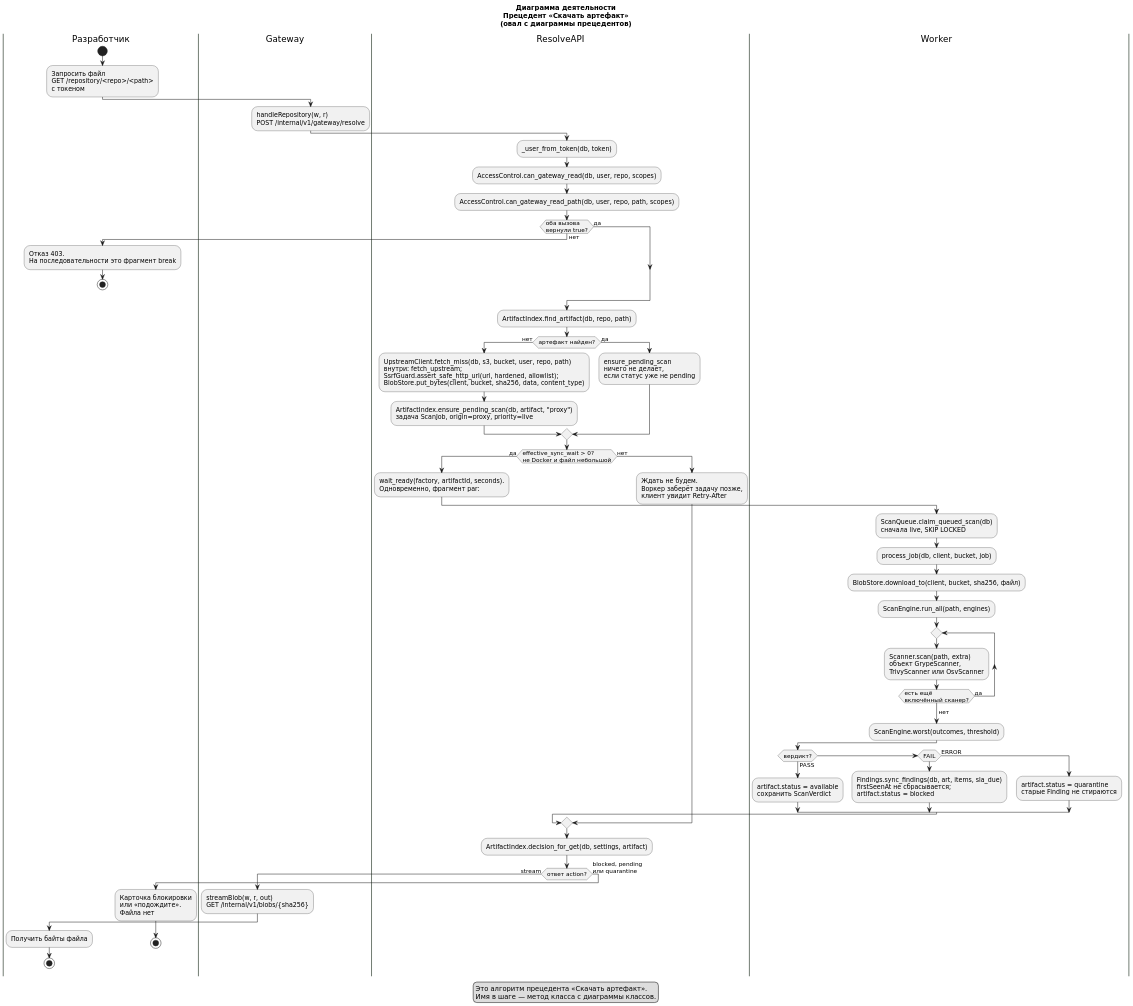
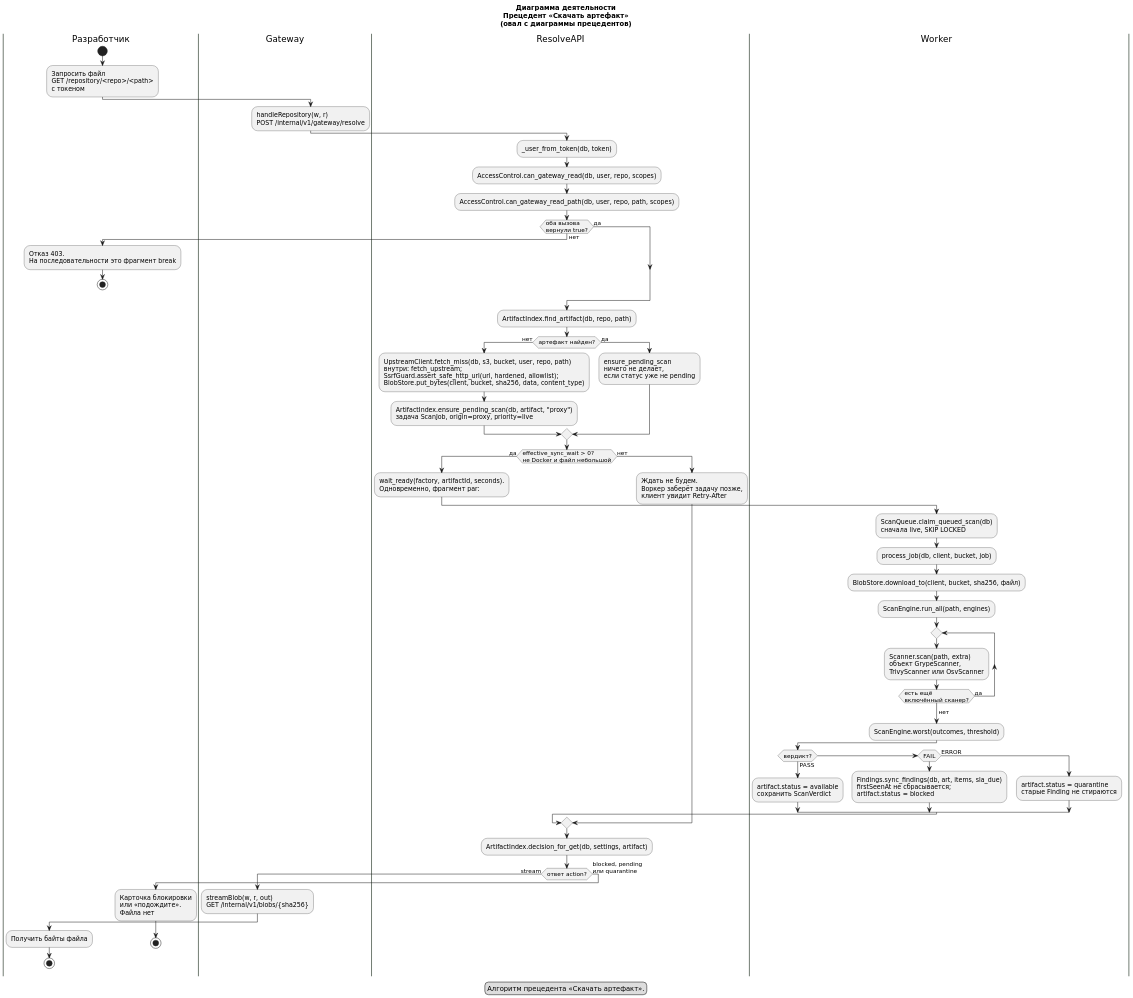
The diagram in 02-activity.puml (meowsl/seccrate-uml), drawn with PlantUML before and after one commit. The commit also changed 8 other files, not shown here.

```diff
--- a/02-activity.puml
+++ b/02-activity.puml
@@ -1,91 +1,90 @@
 @startuml 02-activity
 ' Деятельность прецедента «Скачать артефакт».
 ' Дорожки — классы с диаграммы 1.3. Подписи шагов — их методы.
 ' Те же развилки, что фрагменты alt / opt / par на диаграмме 1.4.
 
 skinparam defaultFontName DejaVu Sans
 skinparam shadowing false
 skinparam dpi 140
 skinparam ActivityFontSize 13
 skinparam ActivityDiamondFontSize 12
 skinparam ArrowFontSize 12
 skinparam swimlaneWidth 240
 skinparam swimlaneBorderColor #3D4A3E
 
 title Диаграмма деятельности\nПрецедент «Скачать артефакт»\n(овал с диаграммы прецедентов)
 
 |Разработчик|
 start
 :Запросить файл\nGET /repository/<repo>/<path>\nс токеном;
 
 |Gateway|
 :handleRepository(w, r)\nPOST /internal/v1/gateway/resolve;
 
 |ResolveAPI|
 :_user_from_token(db, token);
 :AccessControl.can_gateway_read(db, user, repo, scopes);
 :AccessControl.can_gateway_read_path(db, user, repo, path, scopes);
 
 if (оба вызова\nвернули true?) then (да)
 else (нет)
   |Разработчик|
   :Отказ 403.\nНа последовательности это фрагмент break;
   stop
 endif
 
 |ResolveAPI|
 :ArtifactIndex.find_artifact(db, repo, path);
 
 if (артефакт найден?) then (нет)
   :UpstreamClient.fetch_miss(db, s3, bucket, user, repo, path)\nвнутри: fetch_upstream;\nSsrfGuard.assert_safe_http_url(url, hardened, allowlist);\nBlobStore.put_bytes(client, bucket, sha256, data, content_type);
   :ArtifactIndex.ensure_pending_scan(db, artifact, "proxy")\nзадача ScanJob, origin=proxy, priority=live;
 else (да)
   :ensure_pending_scan\nничего не делает,\nесли статус уже не pending;
 endif
 
 if (effective_sync_wait > 0?\nне Docker и файл небольшой) then (да)
   |ResolveAPI|
   :wait_ready(factory, artifactId, seconds).\nОдновременно, фрагмент par:;
   |Worker|
   :ScanQueue.claim_queued_scan(db)\nсначала live, SKIP LOCKED;
   :process_job(db, client, bucket, job);
   :BlobStore.download_to(client, bucket, sha256, файл);
   :ScanEngine.run_all(path, engines);
   repeat
     :Scanner.scan(path, extra)\nобъект GrypeScanner,\nTrivyScanner или OsvScanner;
   repeat while (есть ещё\nвключённый сканер?) is (да)
   ->нет;
   :ScanEngine.worst(outcomes, threshold);
   if (вердикт?) then (PASS)
     :artifact.status = available\nсохранить ScanVerdict;
   elseif (FAIL)
     :Findings.sync_findings(db, art, items, sla_due)\nfirstSeenAt не сбрасывается;\nartifact.status = blocked;
   else (ERROR)
     :artifact.status = quarantine\nстарые Finding не стираются;
   endif
 else (нет)
   |ResolveAPI|
   :Ждать не будем.\nВоркер заберёт задачу позже,\nклиент увидит Retry-After;
 endif
 
 |ResolveAPI|
 :ArtifactIndex.decision_for_get(db, settings, artifact);
 
 if (ответ action?) then (stream)
   |Gateway|
   :streamBlob(w, r, out)\nGET /internal/v1/blobs/{sha256};
   |Разработчик|
   :Получить байты файла;
   stop
 else (blocked, pending\nили quarantine)
   |Разработчик|
   :Карточка блокировки\nили «подождите».\nФайла нет;
   stop
 endif
 
 legend bottom
-  Это алгоритм прецедента «Скачать артефакт».
-  Имя в шаге — метод класса с диаграммы классов.
+  Алгоритм прецедента «Скачать артефакт».
 endlegend
 
 @enduml
```
